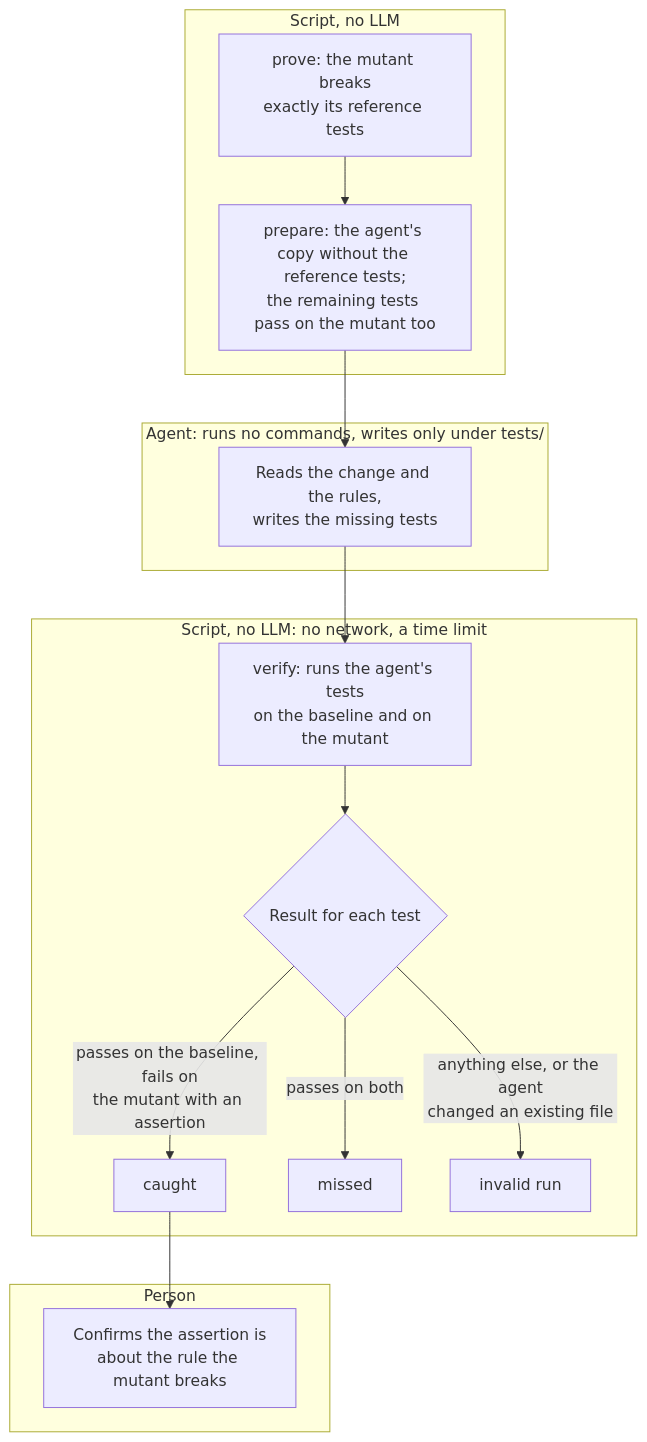
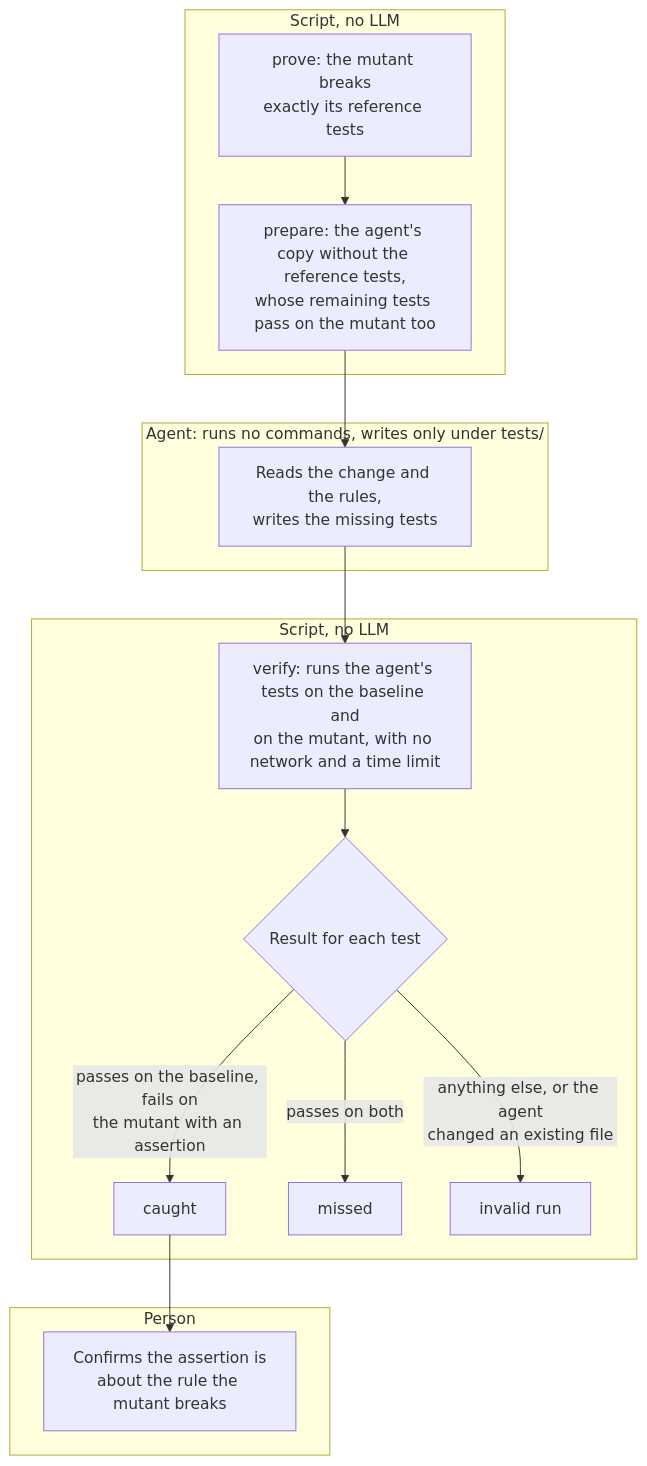
Before and after one commit to furkankuscu08/blue_harvest: the diagram in guard/README.md, drawn with Mermaid.

Commit message:
Keep the two script steps alike in the guard diagram

````diff
--- a/guard/README.md
+++ b/guard/README.md
@@ -7,24 +7,24 @@
 ```mermaid
 flowchart TD
     subgraph S1["Script, no LLM"]
         A["prove: the mutant breaks<br>exactly its reference tests"]
-        B["prepare: the agent's copy without the reference tests;<br>the remaining tests pass on the mutant too"]
+        B["prepare: the agent's copy without the reference tests,<br>whose remaining tests pass on the mutant too"]
         A --> B
     end
     subgraph S2["Agent: runs no commands, writes only under tests/"]
         C["Reads the change and the rules,<br>writes the missing tests"]
     end
-    subgraph S3["Script, no LLM: no network, a time limit"]
-        D["verify: runs the agent's tests<br>on the baseline and on the mutant"]
+    subgraph S3["Script, no LLM"]
+        D["verify: runs the agent's tests on the baseline and<br>on the mutant, with no network and a time limit"]
         E{"Result for each test"}
         D --> E
         E -->|"passes on the baseline, fails on<br>the mutant with an assertion"| F["caught"]
         E -->|"passes on both"| G["missed"]
         E -->|"anything else, or the agent<br>changed an existing file"| H["invalid run"]
     end
     subgraph S4["Person"]
         I["Confirms the assertion is<br>about the rule the mutant breaks"]
     end
     B --> C --> D
     F --> I
 ```
````
